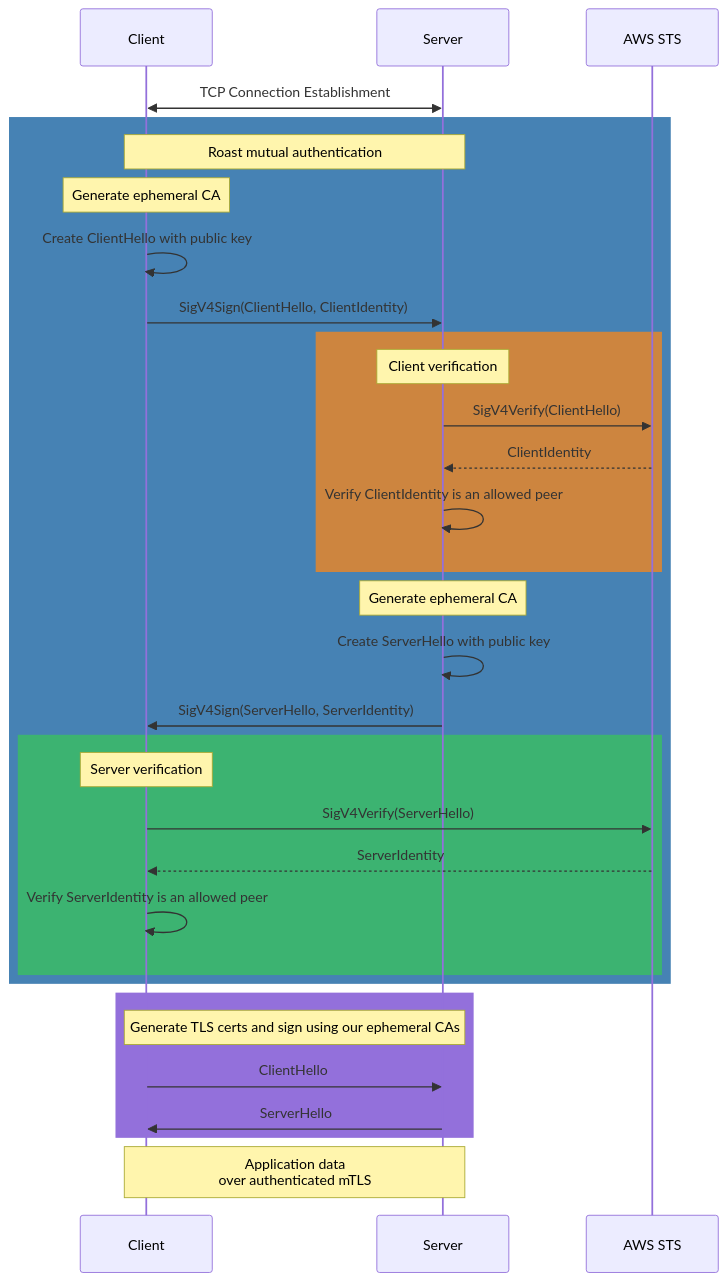
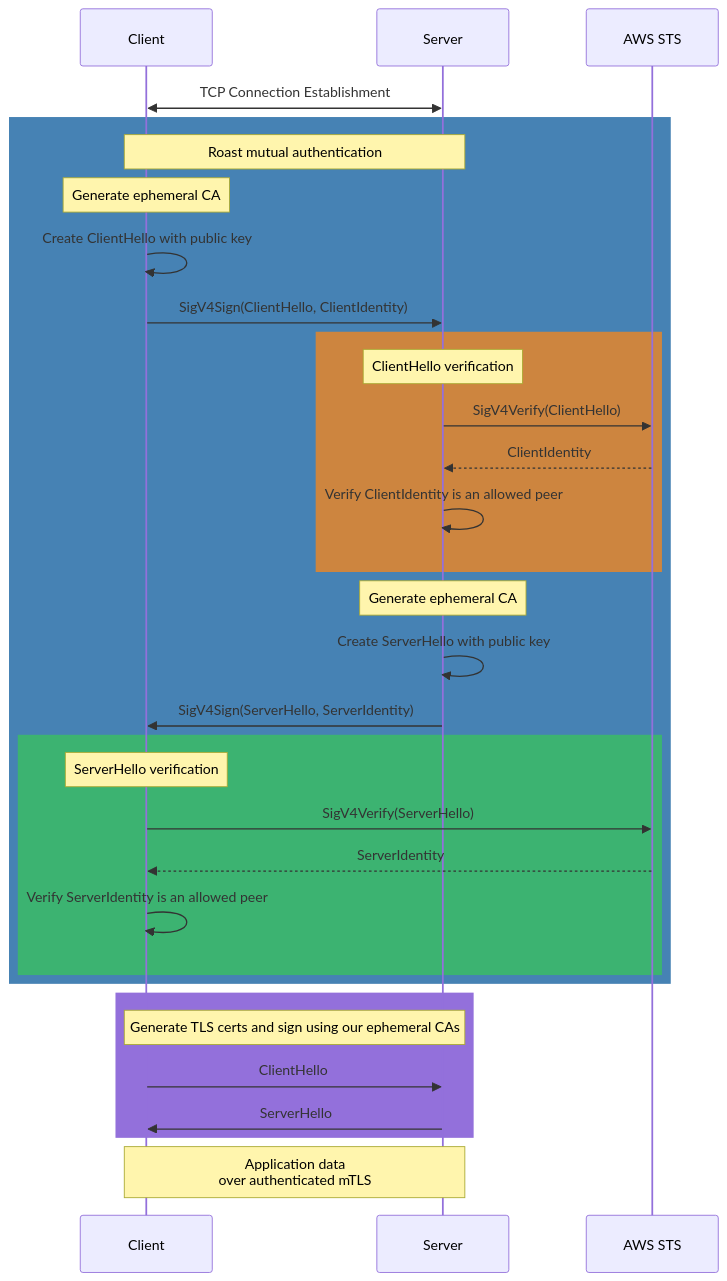
One commit to thomasdesr/roast changed the second of 2 diagrams in docs/protocol.md. Above: the diagram before and after it, drawn with Mermaid. The commit also changed other lines of this file, not shown here.

Commit message:
Final tweaks

````diff
--- a/docs/protocol.md
+++ b/docs/protocol.md
@@ -91,42 +92,42 @@
 ```mermaid
 sequenceDiagram
     participant C as Client  
     participant S as Server
     participant AWS as AWS STS
 
     C<<->>S: TCP Connection Establishment
 
     rect rgb(70, 130, 180)
         Note over C,S: Roast mutual authentication
         
         Note over C: Generate ephemeral CA
         C->>C: Create ClientHello with public key
         C->>S: SigV4Sign(ClientHello, ClientIdentity)
         
         rect rgb(205, 133, 63)
-            Note over S: Client verification
+            Note over S: ClientHello verification
             S->>AWS: SigV4Verify(ClientHello)
             AWS-->>S: ClientIdentity
             S->>S: Verify ClientIdentity is an allowed peer
         end
         
         Note over S: Generate ephemeral CA
         S->>S: Create ServerHello with public key
         S->>C: SigV4Sign(ServerHello, ServerIdentity)
         
         rect rgb(60, 179, 113)
-            Note over C: Server verification
+            Note over C: ServerHello verification
             C->>AWS: SigV4Verify(ServerHello)
             AWS-->>C: ServerIdentity
             C->>C: Verify ServerIdentity is an allowed peer
         end
     end
 
     rect rgb(147, 112, 219)
         Note over C,S: Generate TLS certs and sign using our ephemeral CAs
         C->>S: ClientHello
         S->>C: ServerHello
     end
 
     Note over C,S: Application data<br/>over authenticated mTLS
 ```
````
